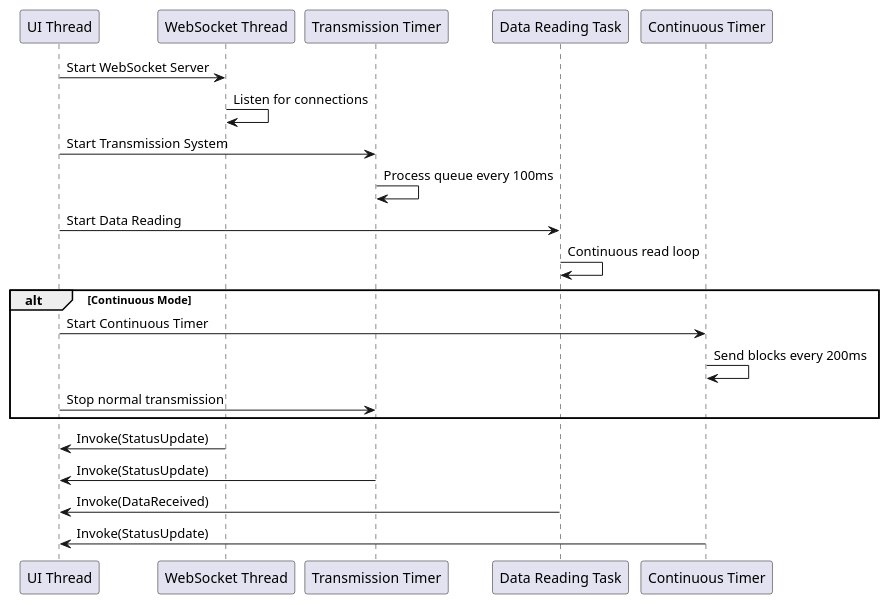
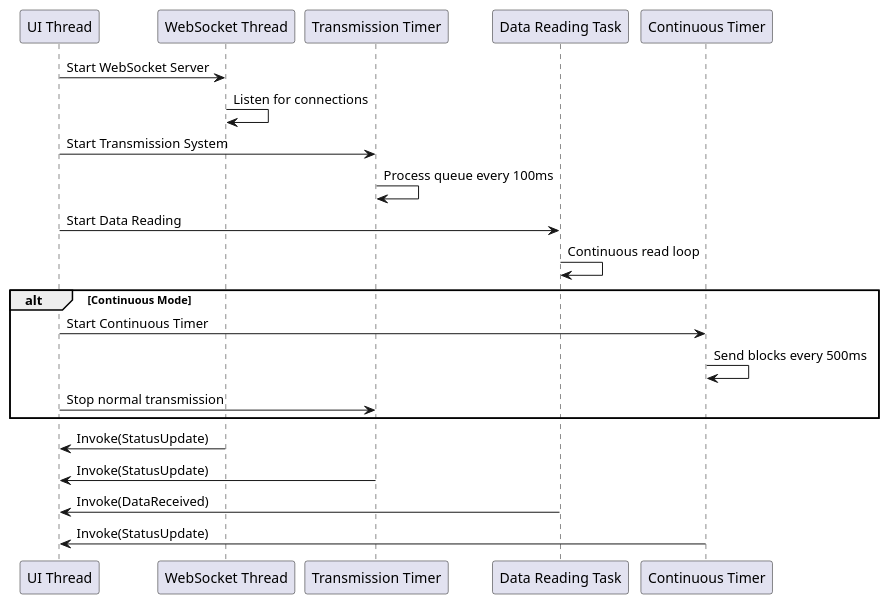
Before and after one commit to ksbsukumaran6/teBotApp: the eighth of 8 diagrams in PROJECT_DOCUMENTATION.md, drawn with PlantUML. The commit also changed other lines of this file and 5 other files, not shown here.

````diff
--- a/PROJECT_DOCUMENTATION.md
+++ b/PROJECT_DOCUMENTATION.md
@@ -408,29 +419,29 @@
 ```plantuml
 @startuml Threading_Model
 participant "UI Thread" as UI
 participant "WebSocket Thread" as WS
 participant "Transmission Timer" as TT
 participant "Data Reading Task" as DR
 participant "Continuous Timer" as CT
 
 UI -> WS: Start WebSocket Server
 WS -> WS: Listen for connections
 
 UI -> TT: Start Transmission System
 TT -> TT: Process queue every 100ms
 
 UI -> DR: Start Data Reading
 DR -> DR: Continuous read loop
 
 alt Continuous Mode
     UI -> CT: Start Continuous Timer
-    CT -> CT: Send blocks every 200ms
+    CT -> CT: Send blocks every 500ms
     UI -> TT: Stop normal transmission
 end
 
 WS -> UI: Invoke(StatusUpdate)
 TT -> UI: Invoke(StatusUpdate)
 DR -> UI: Invoke(DataReceived)
 CT -> UI: Invoke(StatusUpdate)
 @enduml
 ```
````
